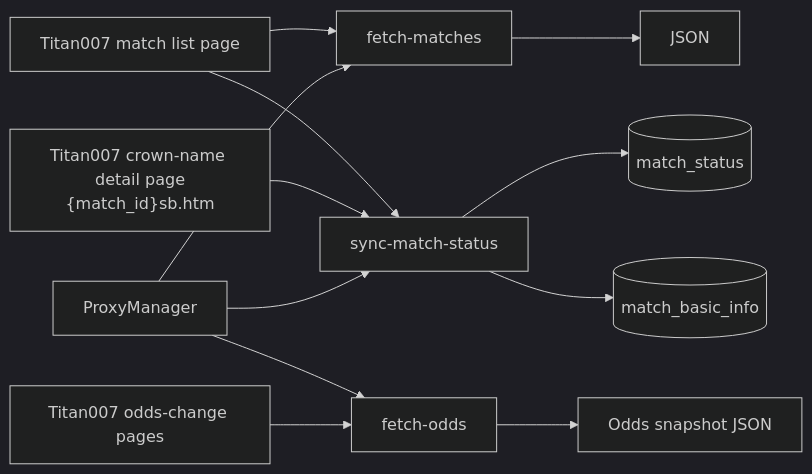
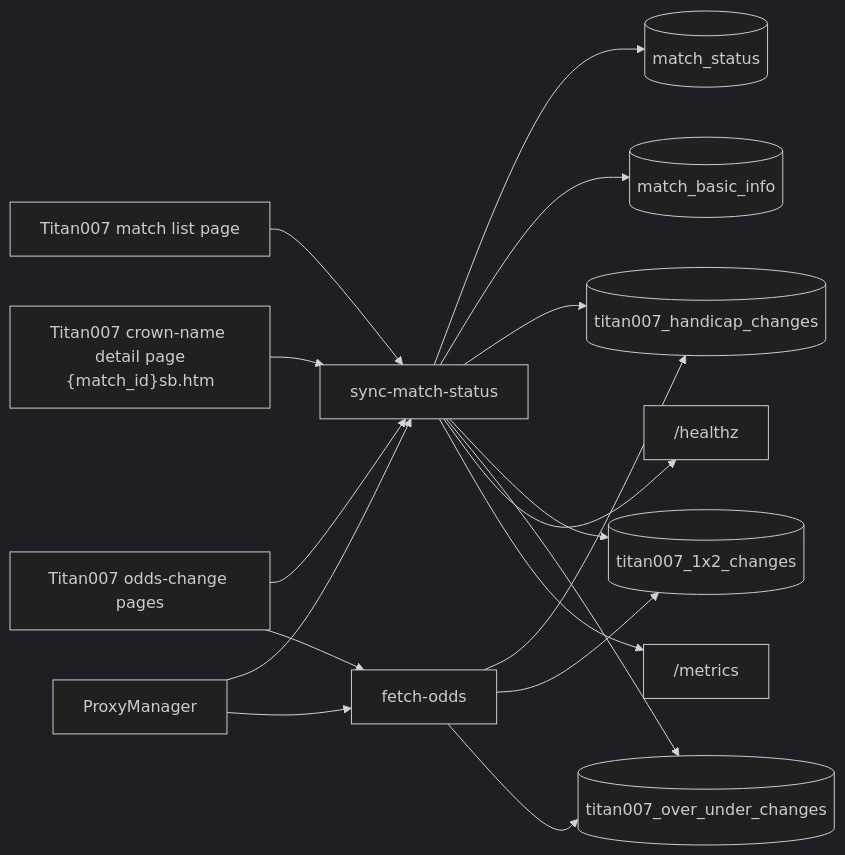
The first of 4 diagrams in docs/architecture/code-flow.md (adam-zou/football2607), drawn with Mermaid (dark theme) before and after one commit. The commit also changed other lines of this file and 36 other files, not shown here.

Commit message:
Add persistent odds sync and observability

````diff
--- a/docs/architecture/code-flow.md
+++ b/docs/architecture/code-flow.md
@@ -9,26 +9,35 @@
 ```mermaid
 flowchart LR
     TitanList["Titan007 match list page"]
     TitanDetail["Titan007 crown-name detail page<br/>{match_id}sb.htm"]
     TitanOdds["Titan007 odds-change pages"]
 
-    FetchMatches["fetch-matches"]
     SyncMatches["sync-match-status"]
     FetchOdds["fetch-odds"]
     Proxy["ProxyManager"]
+    Health["/healthz"]
+    Metrics["/metrics"]
 
-    MatchJson["JSON"]
-    OddsJson["Odds snapshot JSON"]
     MatchStatus[("match_status")]
     MatchInfo[("match_basic_info")]
+    HandicapOdds[("titan007_handicap_changes")]
+    OneXTwoOdds[("titan007_1x2_changes")]
+    OverUnderOdds[("titan007_over_under_changes")]
 
-    TitanList --> FetchMatches --> MatchJson
     TitanList --> SyncMatches
     TitanDetail --> SyncMatches
+    TitanOdds --> SyncMatches
     SyncMatches --> MatchStatus
     SyncMatches --> MatchInfo
-    Proxy --> FetchMatches
+    SyncMatches --> HandicapOdds
+    SyncMatches --> OneXTwoOdds
+    SyncMatches --> OverUnderOdds
     Proxy --> SyncMatches
+    SyncMatches --> Health
+    SyncMatches --> Metrics
     Proxy --> FetchOdds
-    TitanOdds --> FetchOdds --> OddsJson
+    TitanOdds --> FetchOdds
+    FetchOdds --> HandicapOdds
+    FetchOdds --> OneXTwoOdds
+    FetchOdds --> OverUnderOdds
 ```
````
